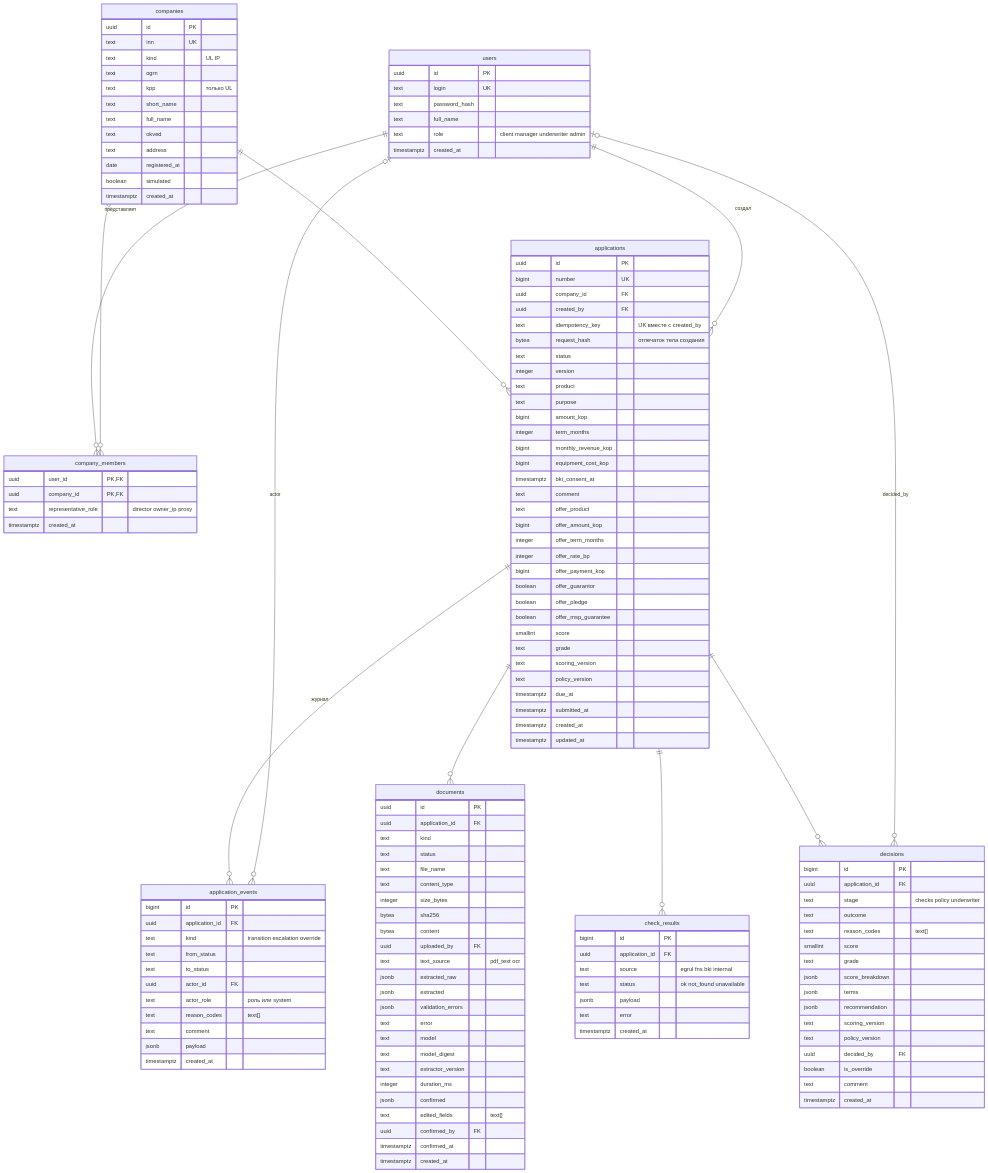
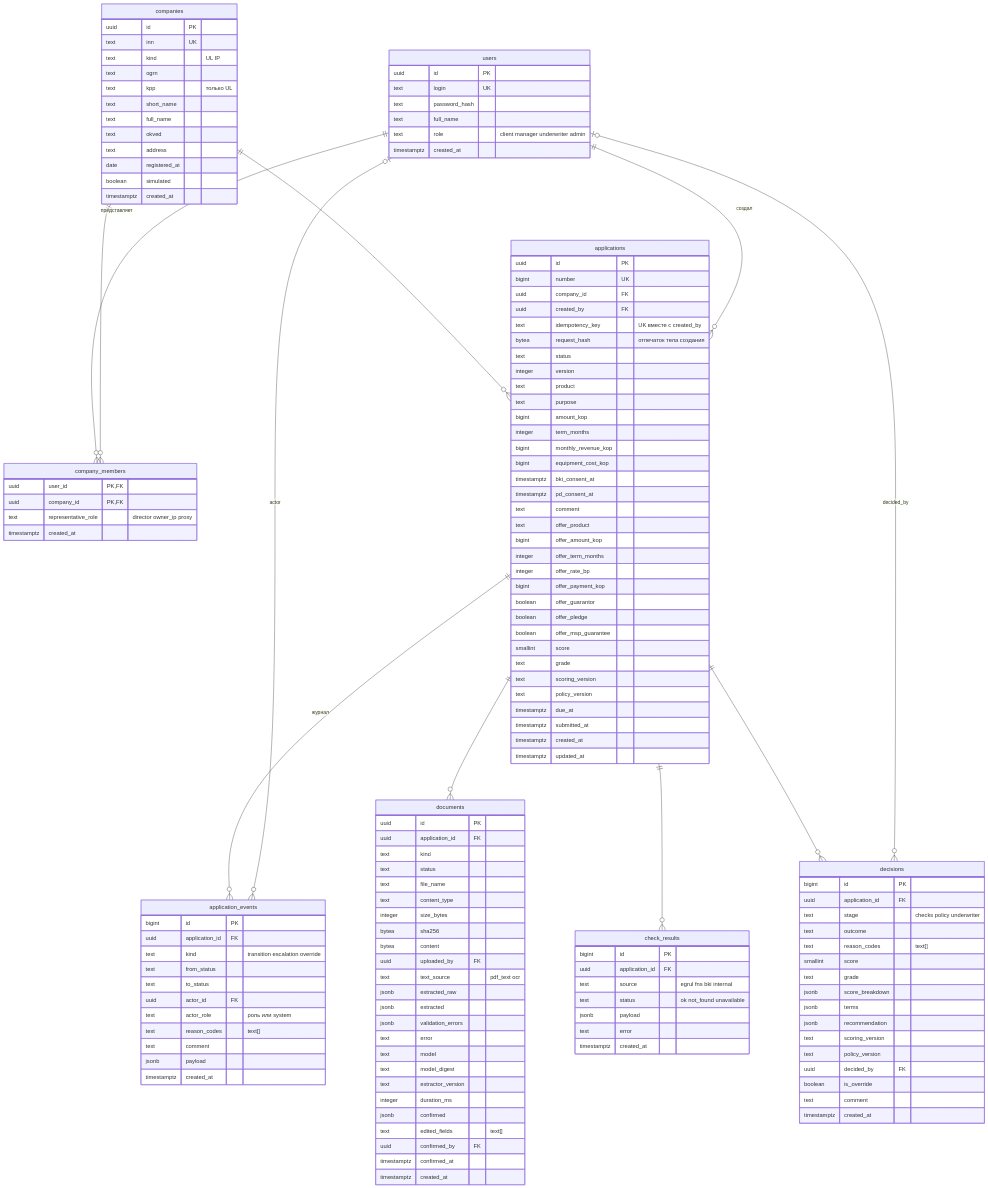
Before and after one commit to swagswa/alfa-credit-cabinet: the diagram in docs/data-model.md, drawn with Mermaid. The commit also changed 26 other files, not shown here.

```diff
--- a/docs/data-model.md
+++ b/docs/data-model.md
@@ -59,6 +59,7 @@
         bigint monthly_revenue_kop
         bigint equipment_cost_kop
         timestamptz bki_consent_at
+        timestamptz pd_consent_at
         text comment
         text offer_product
         bigint offer_amount_kop
```
